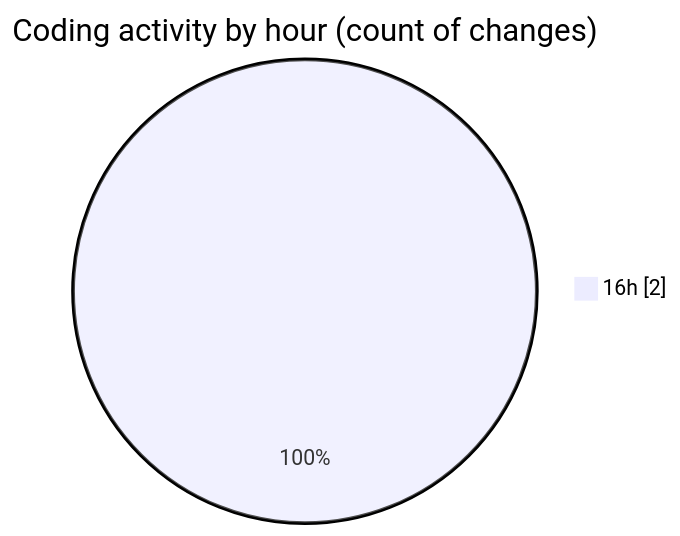
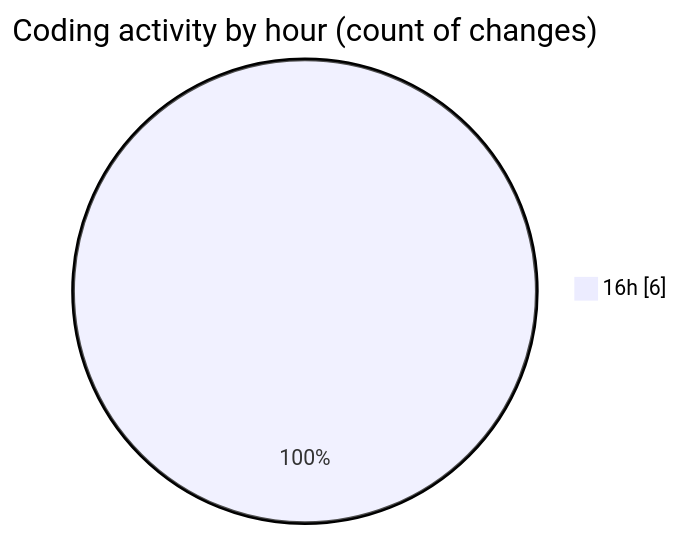
One commit to EIIisD/code-tracking changed the second of 2 diagrams in 2025-08-05/tw-server/README.md. Above: the diagram before and after it, drawn with Mermaid. The commit also changed other lines of this file and 1 other file, not shown here.

````diff
--- a/2025-08-05/tw-server/README.md
+++ b/2025-08-05/tw-server/README.md
@@ -29,5 +32,5 @@
 ```mermaid
 pie showData
 title Coding activity by hour (count of changes)
-"16h" : 2
+"16h" : 6
 ```
````
